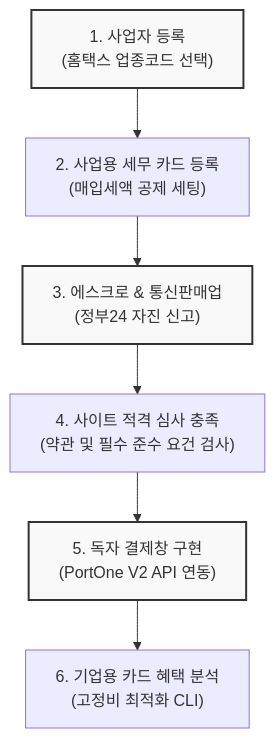
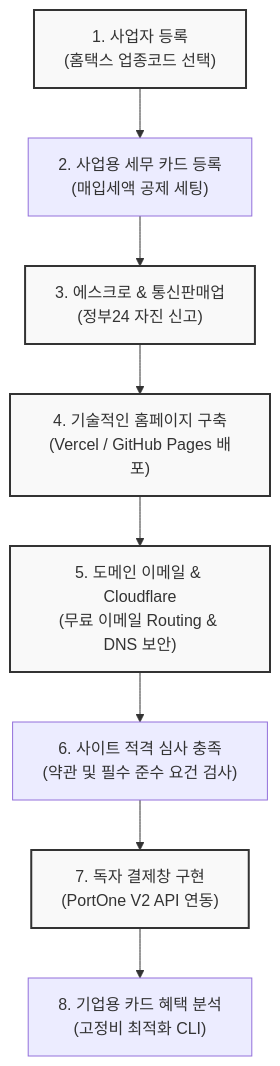
The diagram in README.md (flam-ing/korean-business-pg-skills), drawn with Mermaid before and after one commit. The commit also changed other lines of this file and 3 other files, not shown here.

````diff
--- a/README.md
+++ b/README.md
@@ -13,12 +13,16 @@
 ```mermaid
 graph TD
     A["1. 사업자 등록<br>(홈택스 업종코드 선택)"] --> B["2. 사업용 세무 카드 등록<br>(매입세액 공제 세팅)"]
     B --> C["3. 에스크로 & 통신판매업<br>(정부24 자진 신고)"]
-    C --> D["4. 사이트 적격 심사 충족<br>(약관 및 필수 준수 요건 검사)"]
-    D --> E["5. 독자 결제창 구현<br>(PortOne V2 API 연동)"]
-    E --> F["6. 기업용 카드 혜택 분석<br>(고정비 최적화 CLI)"]
+    C --> G["4. 기술적인 홈페이지 구축<br>(Vercel / GitHub Pages 배포)"]
+    G --> H["5. 도메인 이메일 & Cloudflare<br>(무료 이메일 Routing & DNS 보안)"]
+    H --> D["6. 사이트 적격 심사 충족<br>(약관 및 필수 준수 요건 검사)"]
+    D --> E["7. 독자 결제창 구현<br>(PortOne V2 API 연동)"]
+    E --> F["8. 기업용 카드 혜택 분석<br>(고정비 최적화 CLI)"]
     
     style A fill:#f9f9f9,stroke:#333,stroke-width:2px
     style C fill:#f9f9f9,stroke:#333,stroke-width:2px
+    style G fill:#f9f9f9,stroke:#333,stroke-width:2px
+    style H fill:#f9f9f9,stroke:#333,stroke-width:2px
     style E fill:#f9f9f9,stroke:#333,stroke-width:2px
 ```
````
